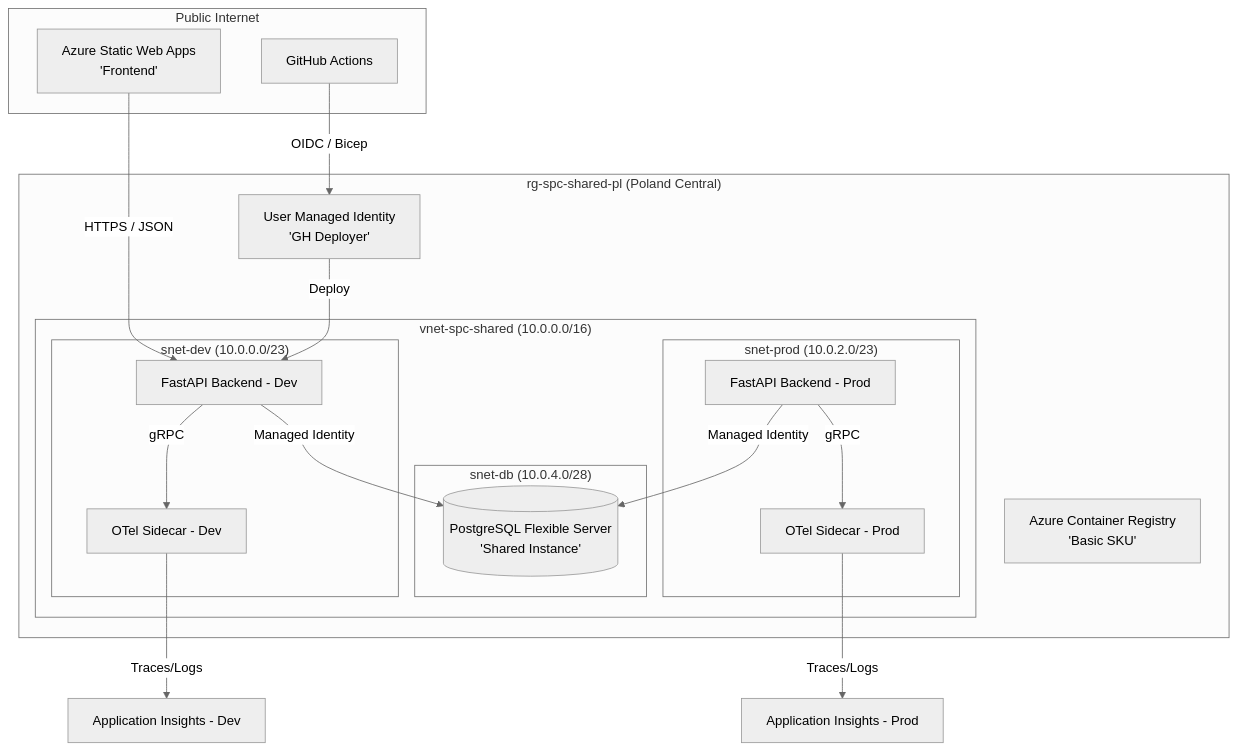
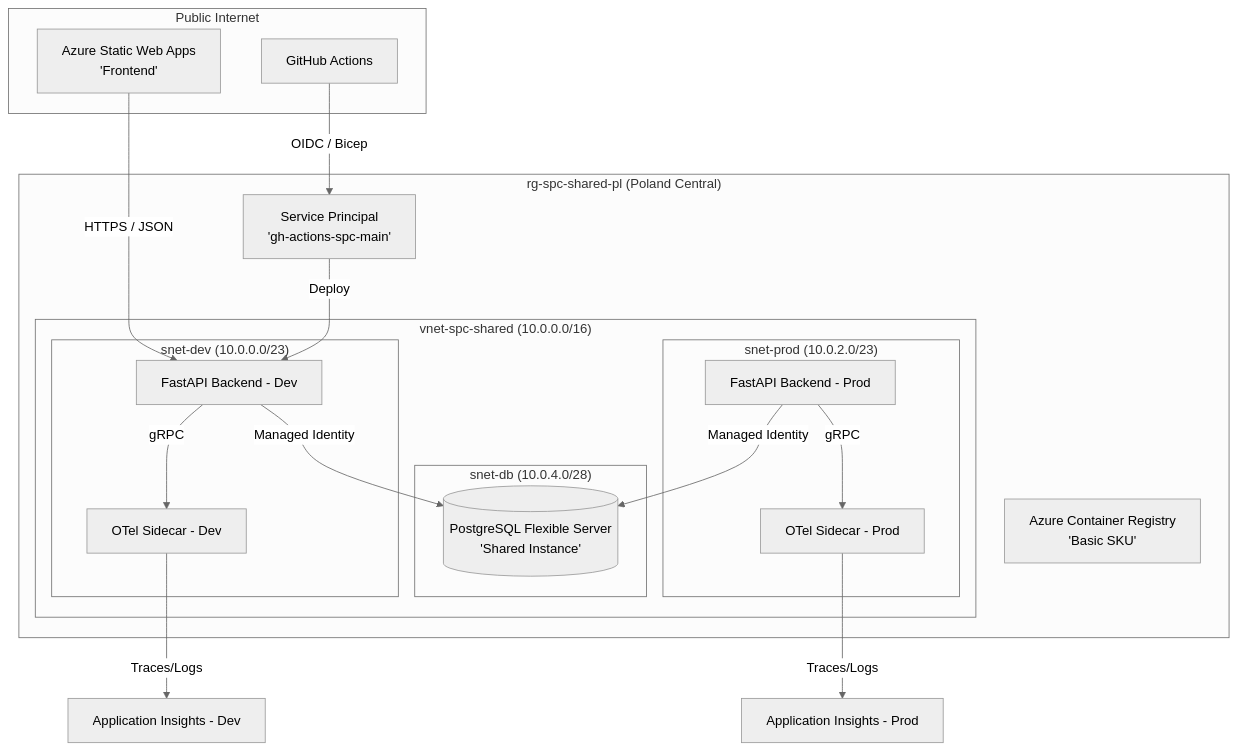
One commit to ljezek/tul-psi changed the fourth of 8 diagrams in docs/DESIGN.md. Above: the diagram before and after it, drawn with Mermaid (neutral theme).

Commit message:
Fix the mermaid diagram - service principal name

````diff
--- a/docs/DESIGN.md
+++ b/docs/DESIGN.md
@@ -384,38 +384,38 @@
 ```mermaid
 graph TB
     subgraph "Public Internet"
         SWA[Azure Static Web Apps<br/>'Frontend']
         GH[GitHub Actions]
     end
 
     subgraph "rg-spc-shared-pl (Poland Central)"
         ACR[Azure Container Registry<br/>'Basic SKU']
-        UAMI[User Managed Identity<br/>'GH Deployer']
+        FEDGH[Service Principal<br/>'gh-actions-spc-main']
         
         subgraph "vnet-spc-shared (10.0.0.0/16)"
             subgraph "snet-db (10.0.4.0/28)"
                 DB[(PostgreSQL Flexible Server<br/>'Shared Instance')]
             end
 
             subgraph "snet-dev (10.0.0.0/23)"
                 ACA_DEV[FastAPI Backend - Dev]
                 OTEL_DEV[OTel Sidecar - Dev]
             end
 
             subgraph "snet-prod (10.0.2.0/23)"
                 ACA_PROD[FastAPI Backend - Prod]
                 OTEL_PROD[OTel Sidecar - Prod]
             end
         end
     end
 
     SWA -- "HTTPS / JSON" --> ACA_DEV
-    GH -- "OIDC / Bicep" --> UAMI
-    UAMI -- "Deploy" --> ACA_DEV
+    GH -- "OIDC / Bicep" --> FEDGH
+    FEDGH -- "Deploy" --> ACA_DEV
     ACA_DEV -- "Managed Identity" --> DB
     ACA_DEV -- "gRPC" --> OTEL_DEV
     OTEL_DEV -- "Traces/Logs" --> AI_DEV[Application Insights - Dev]
     ACA_PROD -- "Managed Identity" --> DB
     ACA_PROD -- "gRPC" --> OTEL_PROD
     OTEL_PROD -- "Traces/Logs" --> AI_PROD[Application Insights - Prod]
 ```
````
